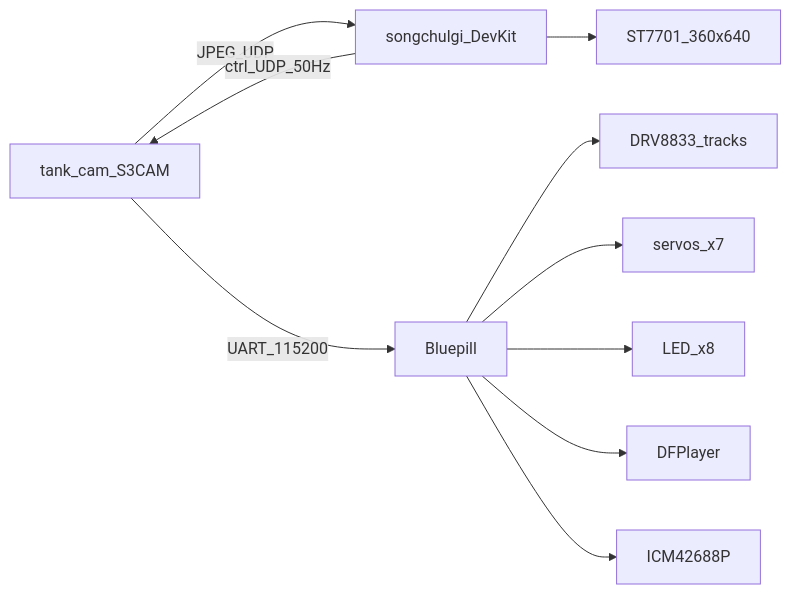
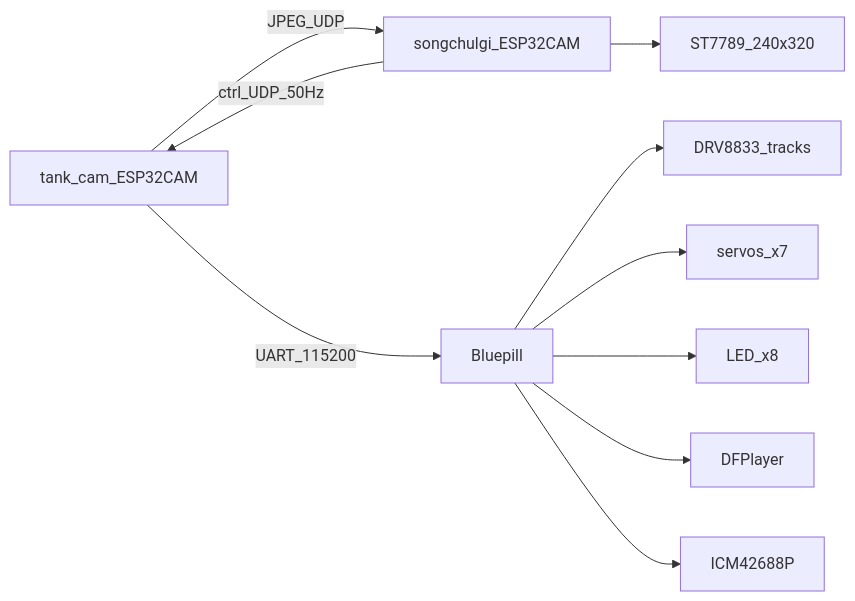
Before and after one commit to painnick/akuyaku-idf: the diagram in docs/spec.md, drawn with Mermaid. The commit also changed other lines of this file and 16 other files, not shown here.

````diff
--- a/docs/spec.md
+++ b/docs/spec.md
@@ -31,12 +27,12 @@
 ```mermaid
 flowchart LR
-  tankCam[tank_cam_S3CAM] -->|JPEG_UDP| console[songchulgi_DevKit]
+  tankCam[tank_cam_ESP32CAM] -->|JPEG_UDP| console[songchulgi_ESP32CAM]
   console -->|ctrl_UDP_50Hz| tankCam
   tankCam -->|UART_115200| stm[Bluepill]
   stm --> drv[DRV8833_tracks]
   stm --> servos[servos_x7]
   stm --> leds[LED_x8]
   stm --> dfp[DFPlayer]
   stm --> imu[ICM42688P]
-  console --> lcd[ST7701_360x640]
+  console --> lcd[ST7789_240x320]
 ```
````
